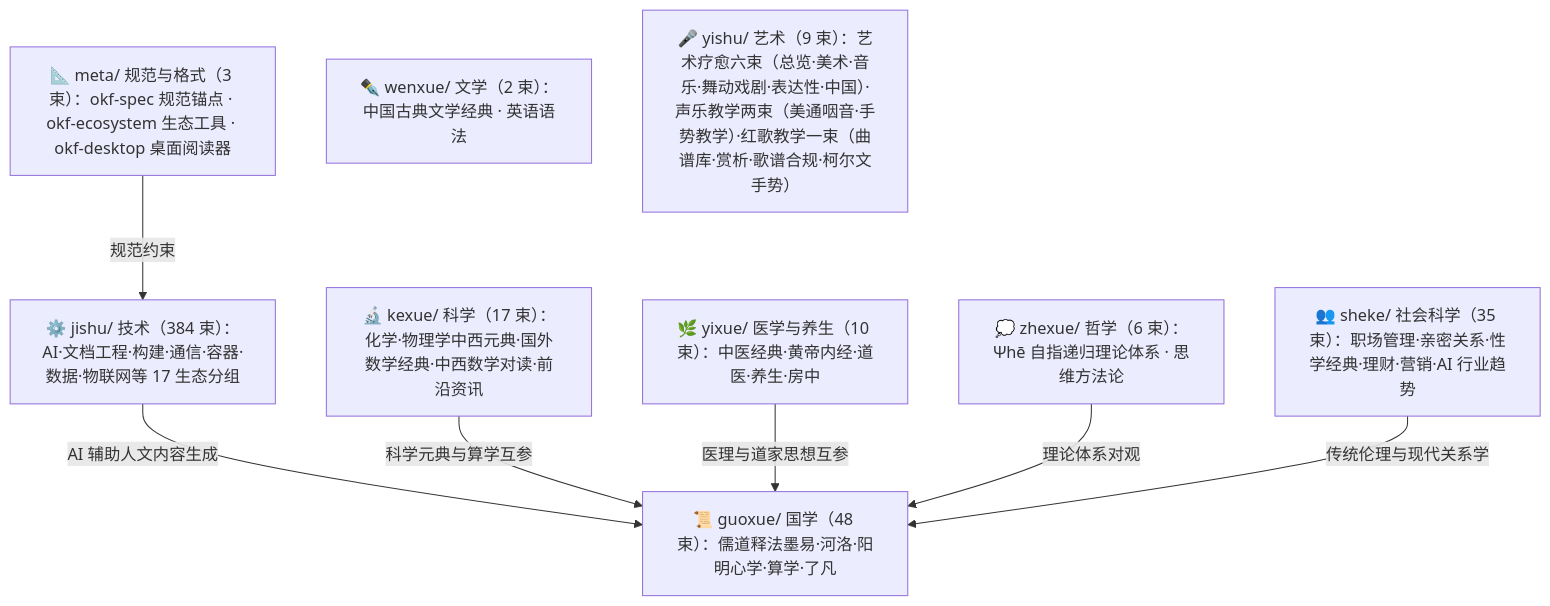
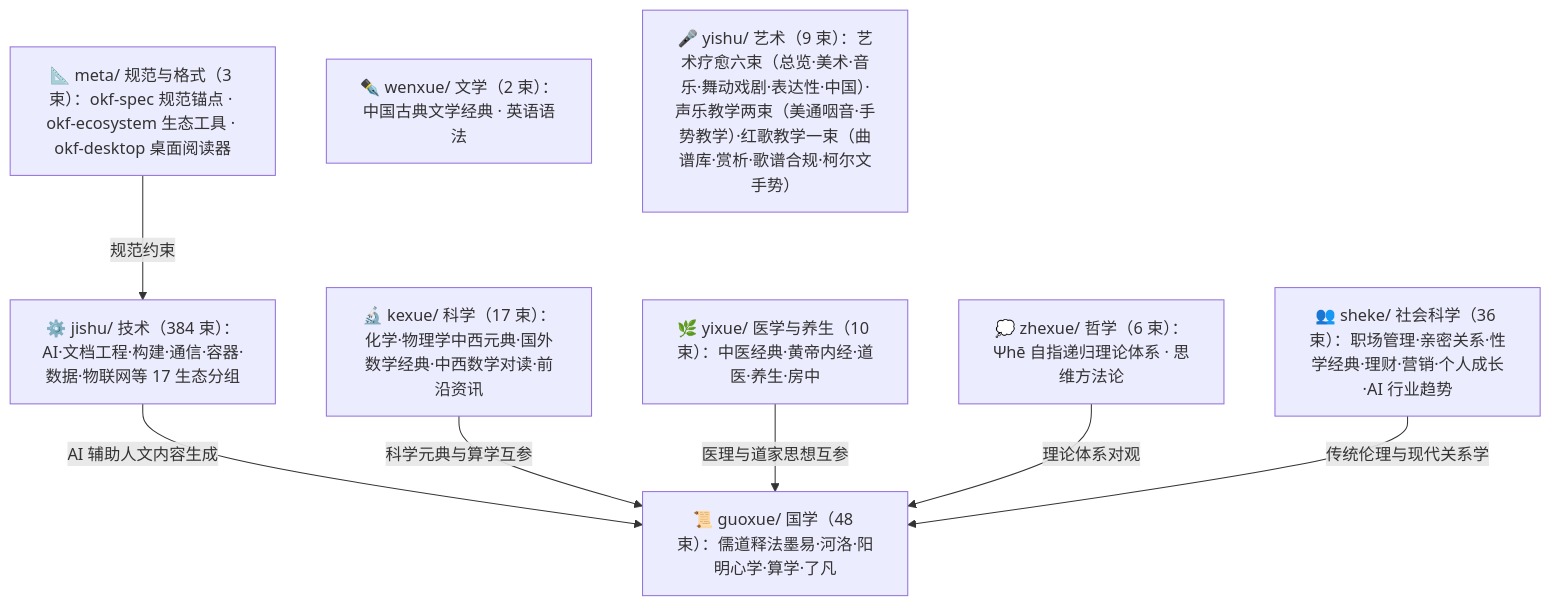
One commit to awesome-flexloop/awesome-okf changed the diagram in doc/bundles/index.md. Above: the diagram before and after it, drawn with Mermaid. The commit also changed other lines of this file and 28 other files, not shown here.

````diff
--- a/doc/bundles/index.md
+++ b/doc/bundles/index.md
@@ -21,18 +21,18 @@
 ```mermaid
 flowchart TD
     meta["📐 meta/ 规范与格式（3 束）：okf-spec 规范锚点 · okf-ecosystem 生态工具 · okf-desktop 桌面阅读器"]
     guoxue["📜 guoxue/ 国学（48 束）：儒道释法墨易·河洛·阳明心学·算学·了凡"]
     zhexue["💭 zhexue/ 哲学（6 束）：Ψhē 自指递归理论体系 · 思维方法论"]
     kexue["🔬 kexue/ 科学（17 束）：化学·物理学中西元典·国外数学经典·中西数学对读·前沿资讯"]
     wenxue["✒️ wenxue/ 文学（2 束）：中国古典文学经典 · 英语语法"]
     yixue["🌿 yixue/ 医学与养生（10 束）：中医经典·黄帝内经·道医·养生·房中"]
-    sheke["👥 sheke/ 社会科学（35 束）：职场管理·亲密关系·性学经典·理财·营销·AI 行业趋势"]
+    sheke["👥 sheke/ 社会科学（36 束）：职场管理·亲密关系·性学经典·理财·营销·个人成长·AI 行业趋势"]
     yishu["🎤 yishu/ 艺术（9 束）：艺术疗愈六束（总览·美术·音乐·舞动戏剧·表达性·中国）·声乐教学两束（美通咽音·手势教学）·红歌教学一束（曲谱库·赏析·歌谱合规·柯尔文手势）"]
     jishu["⚙️ jishu/ 技术（384 束）：AI·文档工程·构建·通信·容器·数据·物联网等 17 生态分组"]
     meta -->|"规范约束"| jishu
     jishu -->|"AI 辅助人文内容生成"| guoxue
     kexue -->|"科学元典与算学互参"| guoxue
     yixue -->|"医理与道家思想互参"| guoxue
     zhexue -->|"理论体系对观"| guoxue
     sheke -->|"传统伦理与现代关系学"| guoxue
 ```
````
